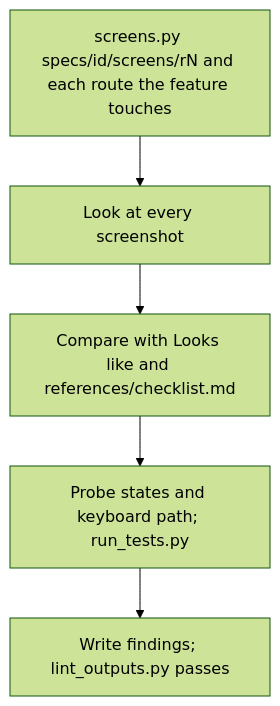
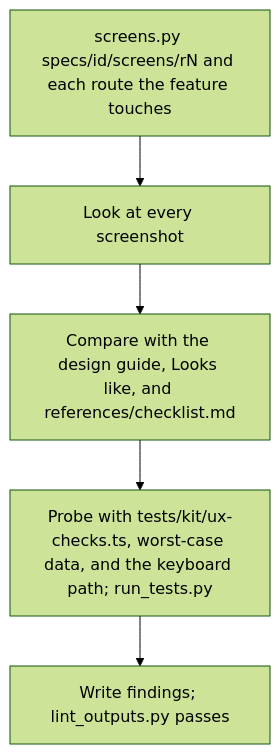
One commit to nateshernandez/skills changed the diagram in skills/review-ux/SKILL.md. Above: the diagram before and after it, drawn with Mermaid (forest theme). The commit also changed other lines of this file and 6 other files, not shown here.

````diff
--- a/skills/review-ux/SKILL.md
+++ b/skills/review-ux/SKILL.md
@@ -27,8 +28,8 @@
 ```mermaid
 flowchart TD
   B["screens.py specs/id/screens/rN and each route the feature touches"]
   B --> C["Look at every screenshot"]
-  C --> D["Compare with Looks like and references/checklist.md"]
-  D --> E["Probe states and keyboard path; run_tests.py"]
+  C --> D["Compare with the design guide, Looks like, and references/checklist.md"]
+  D --> E["Probe with tests/kit/ux-checks.ts, worst-case data, and the keyboard path; run_tests.py"]
   E --> F["Write findings; lint_outputs.py passes"]
 ```
````
